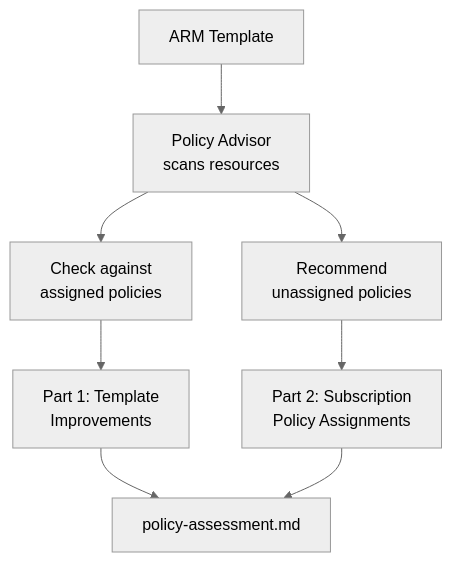
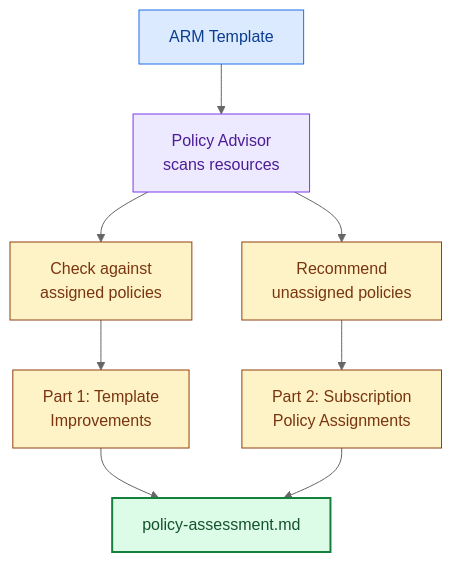
One commit to Azure/git-ape changed the diagram in website/docs/use-cases/policy-compliance.md. Above: the diagram before and after it, drawn with Mermaid (neutral theme). The commit also changed 48 other files, not shown here.

First line of the commit message:
docs(website): manifesto-aligned rewrite, deploy-anything, mermaid zoom + colors

````diff
--- a/website/docs/use-cases/policy-compliance.md
+++ b/website/docs/use-cases/policy-compliance.md
@@ -15,10 +15,19 @@
 ```mermaid
 graph TD
     TEMPLATE["ARM Template"] --> SCAN["Policy Advisor<br/>scans resources"]
     SCAN --> ASSIGNED["Check against<br/>assigned policies"]
     SCAN --> UNASSIGNED["Recommend<br/>unassigned policies"]
     ASSIGNED --> PART1["Part 1: Template<br/>Improvements"]
     UNASSIGNED --> PART2["Part 2: Subscription<br/>Policy Assignments"]
     PART1 --> REPORT["policy-assessment.md"]
     PART2 --> REPORT
+
+    classDef input fill:#dbeafe,stroke:#1f6feb,stroke-width:1px,color:#0b3d91
+    classDef scan fill:#ede9fe,stroke:#7c3aed,stroke-width:1px,color:#4c1d95
+    classDef policy fill:#fef3c7,stroke:#92400e,stroke-width:1px,color:#78350f
+    classDef out fill:#dcfce7,stroke:#15803d,stroke-width:2px,color:#14532d
+    class TEMPLATE input
+    class SCAN scan
+    class ASSIGNED,UNASSIGNED,PART1,PART2 policy
+    class REPORT out
 ```
````
